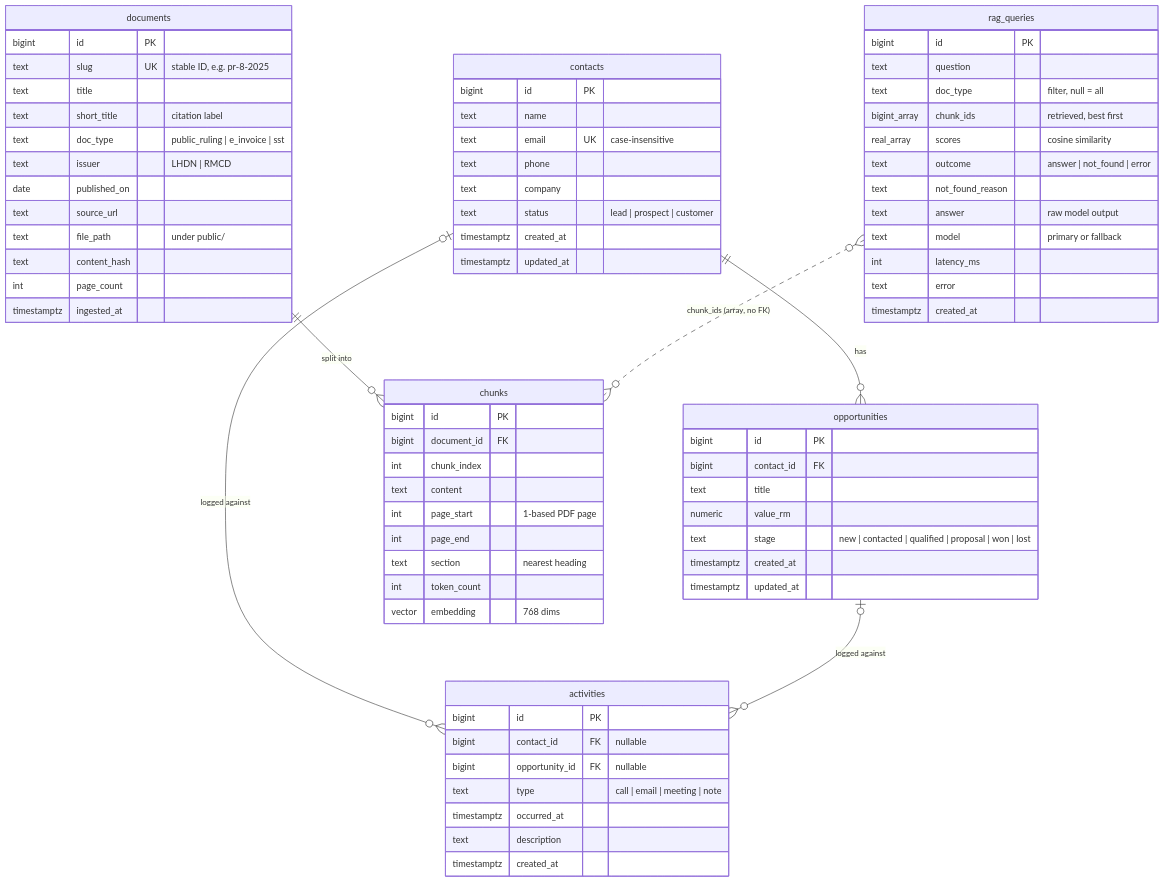
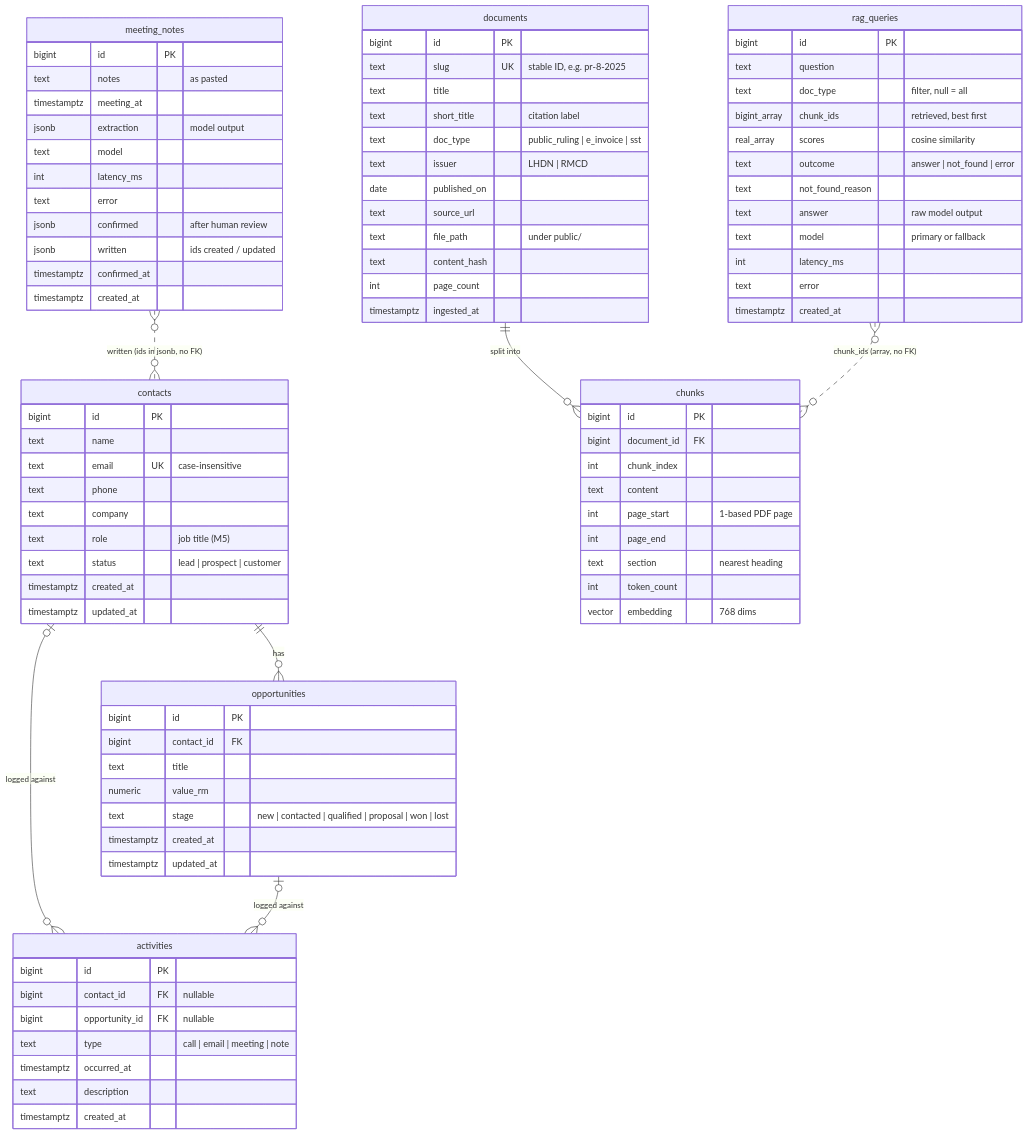
One commit to hanswys/taxpod-crm-ai changed the second of 5 diagrams in ARCHITECTURE.md. Above: the diagram before and after it, drawn with Mermaid. The commit also changed other lines of this file and 30 other files, not shown here.

First line of the commit message:
M5: Meeting Notes Extractor (Option B) (#7)

````diff
--- a/ARCHITECTURE.md
+++ b/ARCHITECTURE.md
@@ -93,6 +95,7 @@
   opportunities |o--o{ activities : "logged against"
   documents ||--o{ chunks : "split into"
   rag_queries }o..o{ chunks : "chunk_ids (array, no FK)"
+  meeting_notes }o..o{ contacts : "written (ids in jsonb, no FK)"
 
   contacts {
     bigint id PK
@@ -100,6 +103,7 @@
     text email UK "case-insensitive"
     text phone
     text company
+    text role "job title (M5)"
     text status "lead | prospect | customer"
     timestamptz created_at
     timestamptz updated_at
@@ -161,4 +165,17 @@
     text error
     timestamptz created_at
   }
+  meeting_notes {
+    bigint id PK
+    text notes "as pasted"
+    timestamptz meeting_at
+    jsonb extraction "model output"
+    text model
+    int latency_ms
+    text error
+    jsonb confirmed "after human review"
+    jsonb written "ids created / updated"
+    timestamptz confirmed_at
+    timestamptz created_at
+  }
 ```
````
